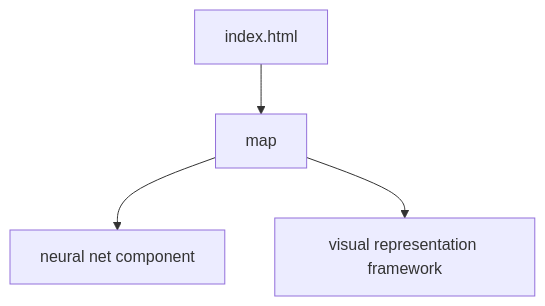
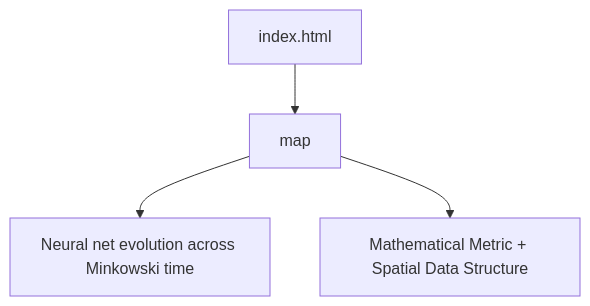
One commit to arielkapur/arielkapur.github.io changed the diagram in README.md. Above: the diagram before and after it, drawn with Mermaid.

Commit message:
Update mermaid graph labels in README.md

````diff
--- a/README.md
+++ b/README.md
@@ -9,6 +9,6 @@
 ```mermaid
 graph TD
   A[index.html] --> B[map]
-  B --> C[neural net component]
-  B --> D[visual representation framework]
+  B --> C[Neural net evolution across Minkowski time]
+  B --> D[Mathematical Metric + Spatial Data Structure]
 ```
````
